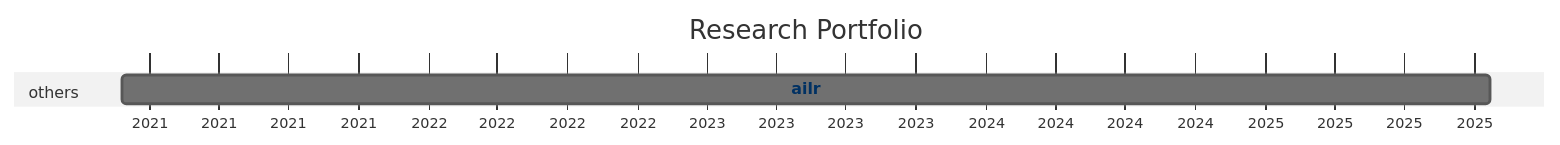
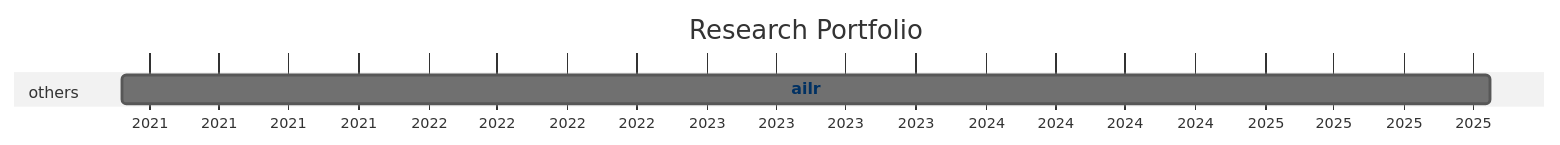
Before and after one commit to digital-work-lab/handbook: the diagram in docs/20-research/25-projects-gantt.md, drawn with Mermaid (neutral theme).

Commit message:
Update repository overview

````diff
--- a/docs/20-research/25-projects-gantt.md
+++ b/docs/20-research/25-projects-gantt.md
@@ -8,21 +8,21 @@
 ```mermaid
 ---
 displayMode: compact
 ---
 gantt
 title Research Portfolio
 dateFormat YYYY-MM-DD
 axisFormat %Y
 
     section work_practices
 
     section distributed_organizing
 
     section knowledge_synthesis
 
     section others
-        ailr :ailr, 2020-11-26, 2025-10-22
+        ailr :ailr, 2020-11-26, 2025-10-23
 
 
     click ailr href "{{ site.baseurl }}/docs/10-lab/18-resources/ailr.html"
 ```
````
